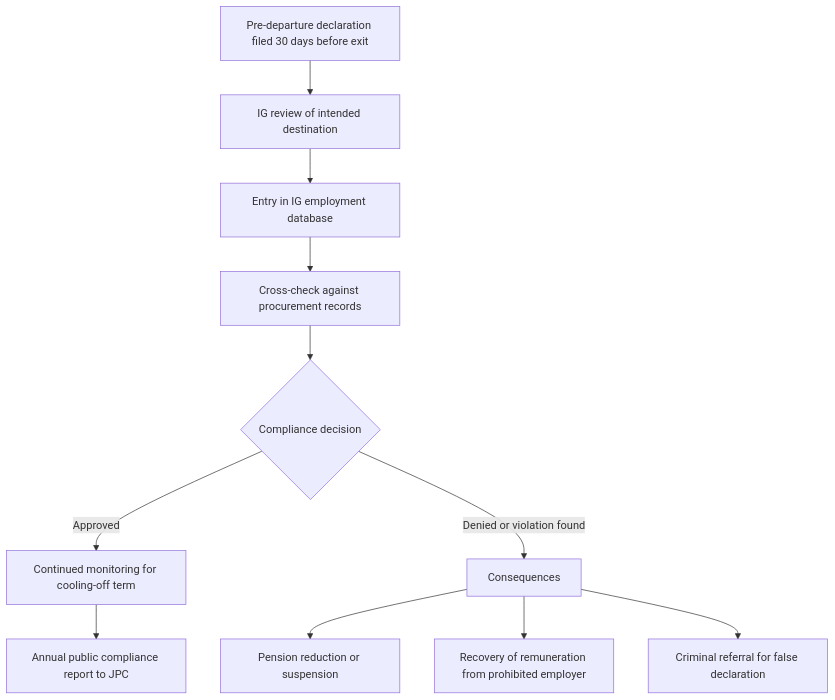
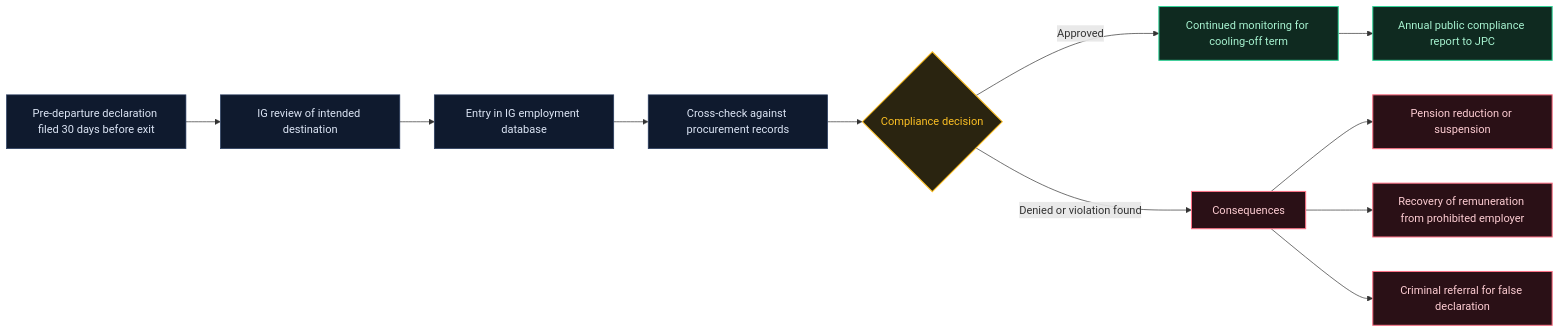
The diagram in diagrams/cooling-off-enforcement.mmd (CristianNichifor/ro-intel-reform-dataflows), drawn with Mermaid before and after one commit. The commit also changed 5 other files, not shown here.

Commit message:
Restyle governance diagrams: app-theme palette, semantic node classes, full-width canvases, auto-fit sizing

```diff
--- a/diagrams/cooling-off-enforcement.mmd
+++ b/diagrams/cooling-off-enforcement.mmd
@@ -1,11 +1,20 @@
-flowchart TD
+flowchart LR
     DEP[Pre-departure declaration filed 30 days before exit] --> IGR[IG review of intended destination]
     IGR --> DB[Entry in IG employment database]
     DB --> PROC[Cross-check against procurement records]
     PROC --> DEC{Compliance decision}
     DEC -->|Approved| MON[Continued monitoring for cooling-off term]
     DEC -->|Denied or violation found| CON[Consequences]
     CON --> P1[Pension reduction or suspension]
     CON --> P2[Recovery of remuneration from prohibited employer]
     CON --> P3[Criminal referral for false declaration]
     MON --> REP[Annual public compliance report to JPC]
+
+    classDef step fill:#0f1a2e,stroke:#2b3f63,color:#dce5f5,stroke-width:1px;
+    classDef decide fill:#2a2410,stroke:#fbbf24,color:#fbbf24,stroke-width:1.5px;
+    classDef bad fill:#2a1016,stroke:#fb7185,color:#fecdd3,stroke-width:1.5px;
+    classDef good fill:#0f2a20,stroke:#34d399,color:#a7f3d0,stroke-width:1.5px;
+    class DEP,IGR,DB,PROC step
+    class DEC decide
+    class CON,P1,P2,P3 bad
+    class MON,REP good
```
